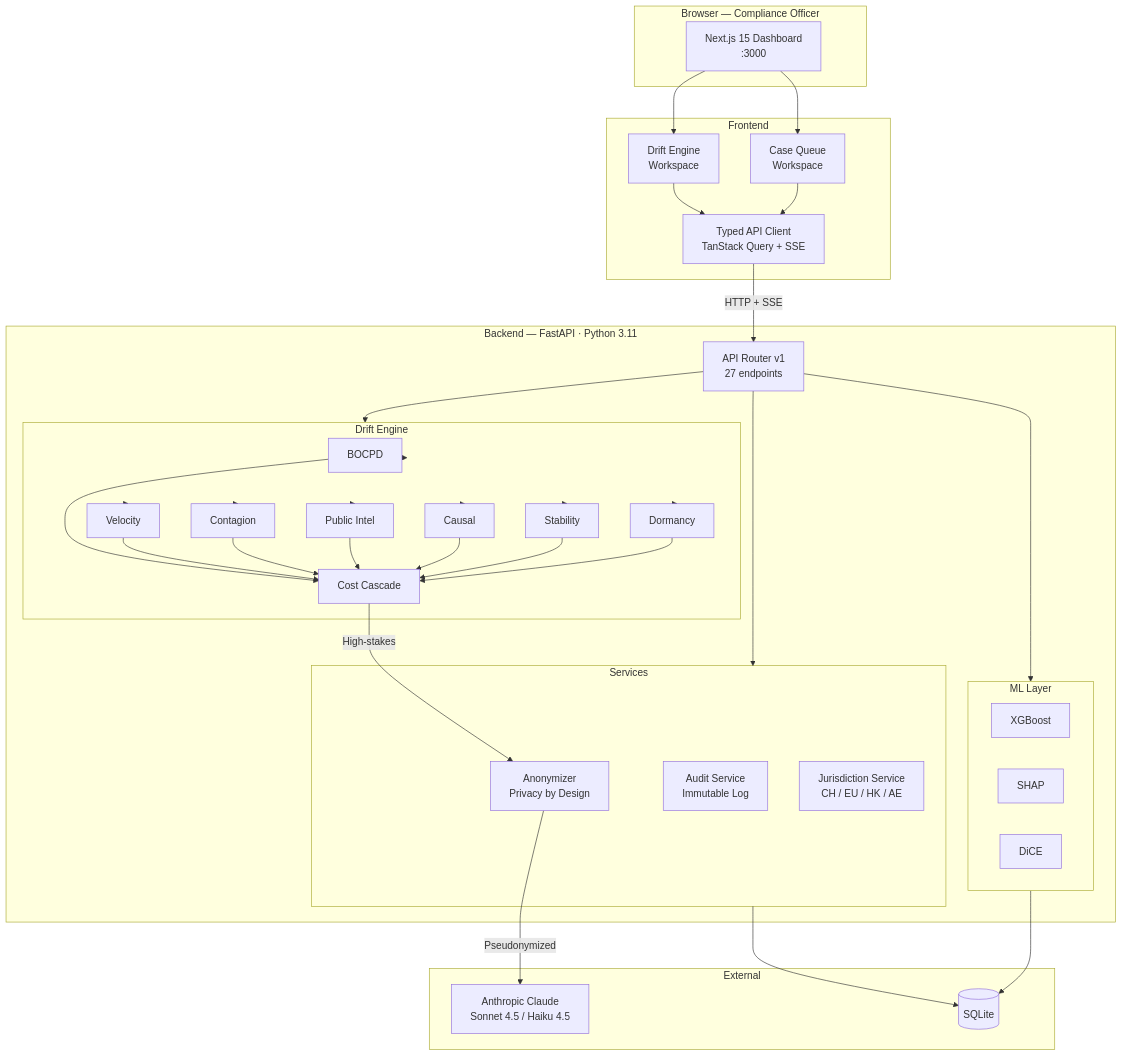
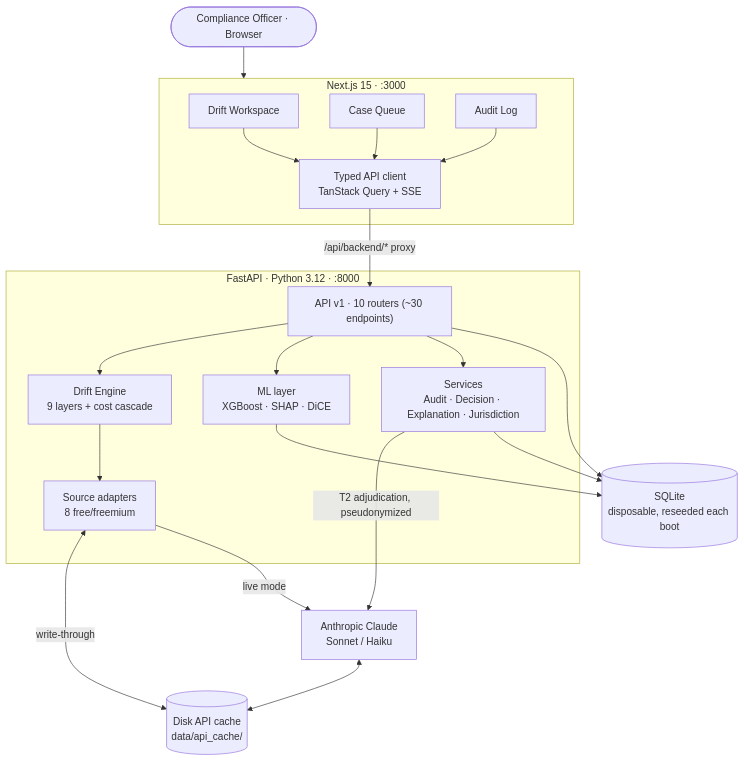
One commit to SteveDok22/Swisshacks-2026 changed the first of 3 diagrams in docs/architecture.md. Above: the diagram before and after it, drawn with Mermaid. The commit also changed other lines of this file and 258 other files, not shown here.

Commit message:
Local dev fixes: port remap, README sync, live-entity cache pre-warm (#57)

````diff
--- a/docs/architecture.md
+++ b/docs/architecture.md
@@ -5,54 +9,34 @@
 ```mermaid
 flowchart TB
-    subgraph Browser["Browser — Compliance Officer"]
-        UI["Next.js 15 Dashboard\n:3000"]
+    Officer(["Compliance Officer · Browser"])
+
+    subgraph FE["Next.js 15 · :3000"]
+        DW["Drift Workspace"]
+        CQ["Case Queue"]
+        AU["Audit Log"]
+        APIc["Typed API client\nTanStack Query + SSE"]
     end
 
-    subgraph FE["Frontend"]
-        DriftWS["Drift Engine\nWorkspace"]
-        CaseWS["Case Queue\nWorkspace"]
-        APIClient["Typed API Client\nTanStack Query + SSE"]
+    subgraph BE["FastAPI · Python 3.12 · :8000"]
+        Router["API v1 · 10 routers (~30 endpoints)"]
+        DE["Drift Engine\n9 layers + cost cascade"]
+        SRC["Source adapters\n8 free/freemium"]
+        ML["ML layer\nXGBoost · SHAP · DiCE"]
+        SVC["Services\nAudit · Decision · Explanation · Jurisdiction"]
     end
 
-    subgraph BE["Backend — FastAPI · Python 3.11"]
-        Router["API Router v1\n27 endpoints"]
+    Cache[("Disk API cache\ndata/api_cache/")]
+    Claude["Anthropic Claude\nSonnet / Haiku"]
+    DB[("SQLite\ndisposable, reseeded each boot")]
 
-        subgraph Svcs["Services"]
-            AnonSvc["Anonymizer\nPrivacy by Design"]
-            AuditSvc["Audit Service\nImmutable Log"]
-            JurisSvc["Jurisdiction Service\nCH / EU / HK / AE"]
-        end
-
-        subgraph DE["Drift Engine"]
-            BOCPD[BOCPD]
-            Vel[Velocity]
-            Con[Contagion]
-            PI[Public Intel]
-            Caus[Causal]
-            Stab[Stability]
-            Dorm[Dormancy]
-            Casc[Cost Cascade]
-        end
-
-        subgraph ML["ML Layer"]
-            XGB[XGBoost]
-            SHAP[SHAP]
-            DiCE[DiCE]
-        end
-    end
-
-    subgraph Ext["External"]
-        Claude["Anthropic Claude\nSonnet 4.5 / Haiku 4.5"]
-        DB[(SQLite)]
-    end
-
-    UI --> DriftWS & CaseWS
-    DriftWS & CaseWS --> APIClient
-    APIClient -->|HTTP + SSE| Router
-    Router --> Svcs & DE & ML
-    DE --> BOCPD & Vel & Con & PI & Caus & Stab & Dorm
-    BOCPD & Vel & Con & PI & Caus & Stab & Dorm --> Casc
-    Casc -->|High-stakes| AnonSvc
-    AnonSvc -->|Pseudonymized| Claude
-    Svcs & ML --> DB
+    Officer --> FE
+    DW & CQ & AU --> APIc
+    APIc -->|/api/backend/* proxy| Router
+    Router --> DE & ML & SVC
+    DE --> SRC
+    SRC <-->|write-through| Cache
+    SRC -->|live mode| Claude
+    SVC -->|T2 adjudication, pseudonymized| Claude
+    Claude <--> Cache
+    Router & ML & SVC --> DB
 ```
````
